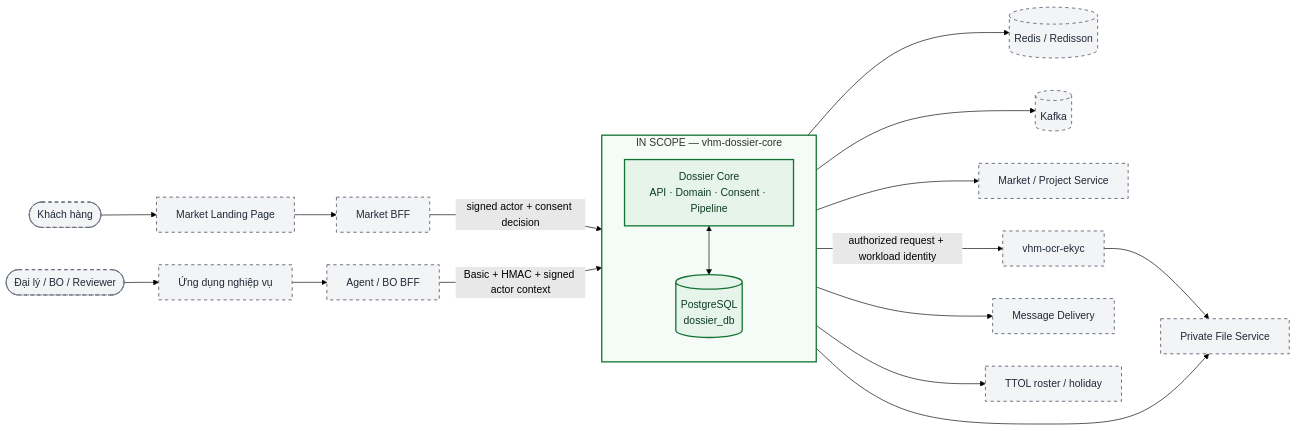
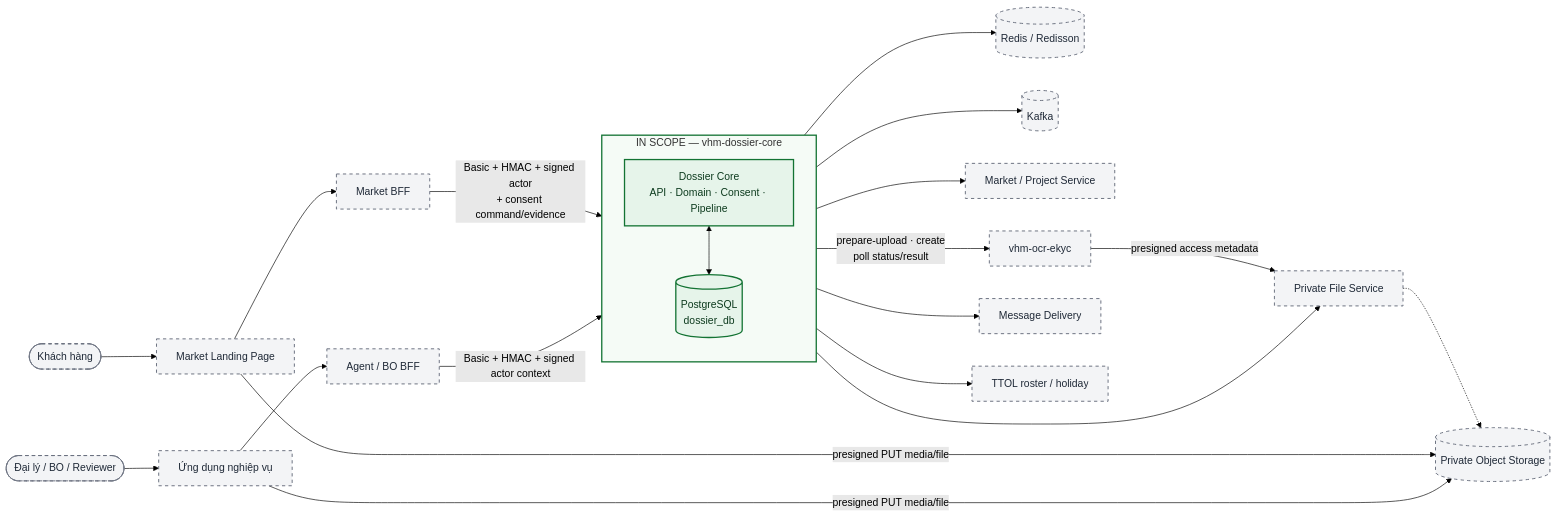
One commit to huynv-xyz/vhm changed the first of 16 diagrams in tdd-dossier.md. Above: the diagram before and after it, drawn with Mermaid (forest theme). The commit also changed other lines of this file, not shown here.

````diff
--- a/tdd-dossier.md
+++ b/tdd-dossier.md
@@ -191,32 +200,35 @@
 ```mermaid
 flowchart LR
     classDef inScope fill:#E6F4EA,stroke:#137333,stroke-width:2px,color:#0D3B1E
     classDef external fill:#F3F4F6,stroke:#6B7280,stroke-width:1.5px,stroke-dasharray:5 5,color:#1F2937
 
     Customer([Khách hàng]) --> Landing[Market Landing Page]
     Landing --> MBFF[Market BFF]
     Agent([Đại lý / BO / Reviewer]) --> Channel[Ứng dụng nghiệp vụ]
     Channel --> ABFF[Agent / BO BFF]
 
     subgraph SCOPE[IN SCOPE — vhm-dossier-core]
         direction TB
         Core[Dossier Core<br/>API · Domain · Consent · Pipeline]
         PG[(PostgreSQL<br/>dossier_db)]
         Core <--> PG
     end
 
-    MBFF -->|signed actor + consent decision| Core
+    MBFF -->|Basic + HMAC + signed actor<br/>+ consent command/evidence| Core
     ABFF -->|Basic + HMAC + signed actor context| Core
     Core --> Redis[(Redis / Redisson)]
     Core --> Kafka[(Kafka)]
     Core --> File[Private File Service]
     Core --> Project[Market / Project Service]
-    Core -->|authorized request + workload identity| OCR[vhm-ocr-ekyc]
-    OCR --> File
+    Core -->|prepare-upload · create<br/>poll status/result| OCR[vhm-ocr-ekyc]
+    OCR -->|presigned access metadata| File
+    File -.-> Store[(Private Object Storage)]
+    Landing -->|presigned PUT media/file| Store
+    Channel -->|presigned PUT media/file| Store
     Core --> Msg[Message Delivery]
     Core --> TTOL[TTOL roster / holiday]
 
     class Core,PG inScope
-    class Customer,Landing,MBFF,Agent,Channel,ABFF,Redis,Kafka,File,Project,OCR,Msg,TTOL external
+    class Customer,Landing,MBFF,Agent,Channel,ABFF,Redis,Kafka,File,Store,Project,OCR,Msg,TTOL external
     style SCOPE fill:#F5FBF6,stroke:#137333,stroke-width:2px
 ```
````
